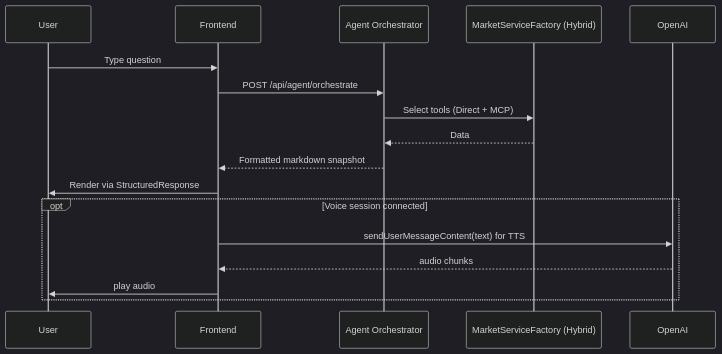
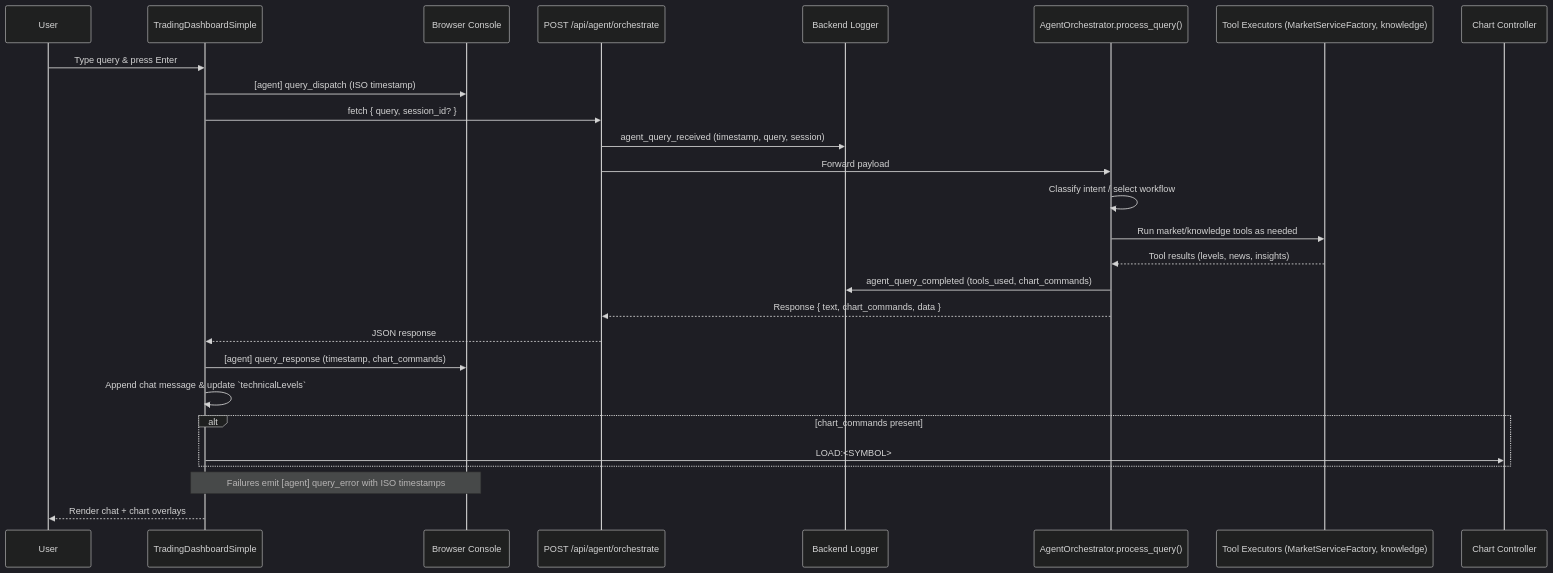
One commit to ChipsMetaverse/gvses-market-insights changed the third of 3 diagrams in mermaid.md. Above: the diagram before and after it, drawn with Mermaid (dark theme). The commit also changed other lines of this file and 296 other files, not shown here.

````diff
--- a/mermaid.md
+++ b/mermaid.md
@@ -222,19 +93,30 @@
 ```mermaid
 sequenceDiagram
     participant User
-    participant Frontend
-    participant Agent as Agent Orchestrator
-    participant Market as MarketServiceFactory (Hybrid)
+    participant Dashboard as TradingDashboardSimple
+    participant Console as Browser Console
+    participant AgentAPI as POST /api/agent/orchestrate
+    participant BackendLog as Backend Logger
+    participant Orchestrator as AgentOrchestrator.process_query()
+    participant Tools as Tool Executors (MarketServiceFactory, knowledge)
+    participant Chart as Chart Controller
 
-    User->>Frontend: Type question
-    Frontend->>Agent: POST /api/agent/orchestrate
-    Agent->>Market: Select tools (Direct + MCP)
-    Market-->>Agent: Data
-    Agent-->>Frontend: Formatted markdown snapshot
-    Frontend->>User: Render via StructuredResponse
-    opt Voice session connected
-      Frontend->>OpenAI: sendUserMessageContent(text) for TTS
-      OpenAI-->>Frontend: audio chunks
-      Frontend->>User: play audio
+    User->>Dashboard: Type query & press Enter
+    Dashboard->>Console: [agent] query_dispatch (ISO timestamp)
+    Dashboard->>AgentAPI: fetch { query, session_id? }
+    AgentAPI->>BackendLog: agent_query_received (timestamp, query, session)
+    AgentAPI->>Orchestrator: Forward payload
+    Orchestrator->>Orchestrator: Classify intent / select workflow
+    Orchestrator->>Tools: Run market/knowledge tools as needed
+    Tools-->>Orchestrator: Tool results (levels, news, insights)
+    Orchestrator->>BackendLog: agent_query_completed (tools_used, chart_commands)
+    Orchestrator-->>AgentAPI: Response { text, chart_commands, data }
+    AgentAPI-->>Dashboard: JSON response
+    Dashboard->>Console: [agent] query_response (timestamp, chart_commands)
+    Dashboard->>Dashboard: Append chat message & update `technicalLevels`
+    alt chart_commands present
+        Dashboard->>Chart: LOAD:<SYMBOL>
     end
+    Note over Dashboard,Console: Failures emit [agent] query_error with ISO timestamps
+    Dashboard-->>User: Render chat + chart overlays
 ```
````
